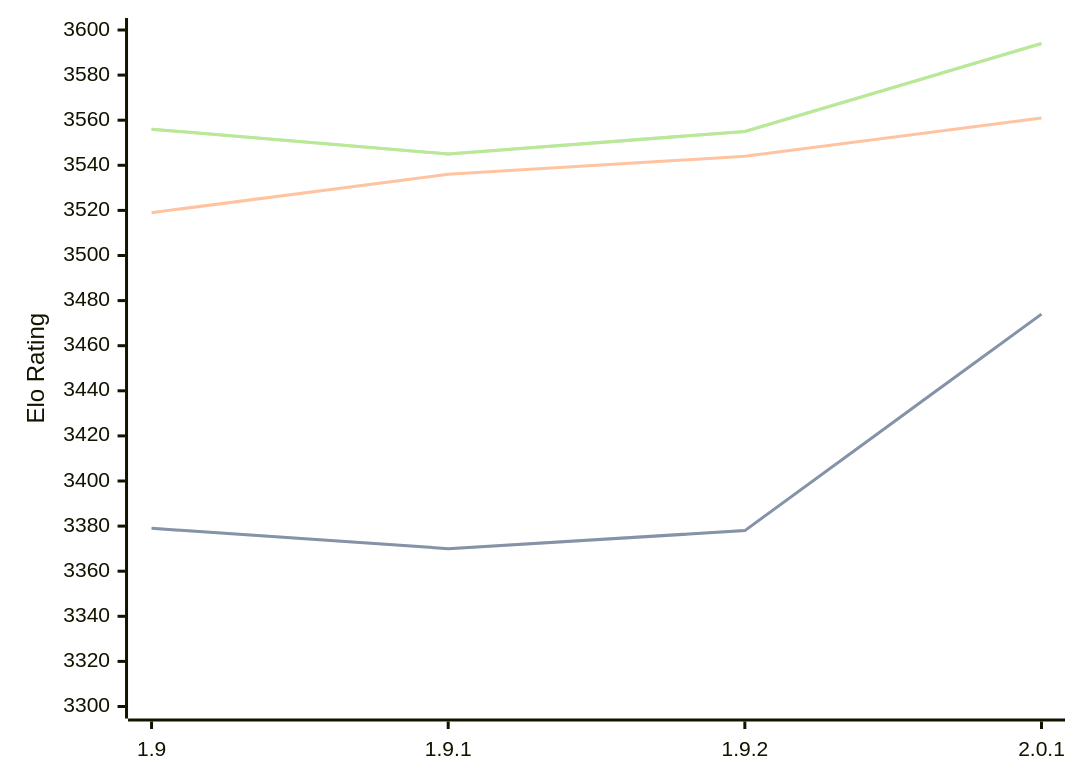
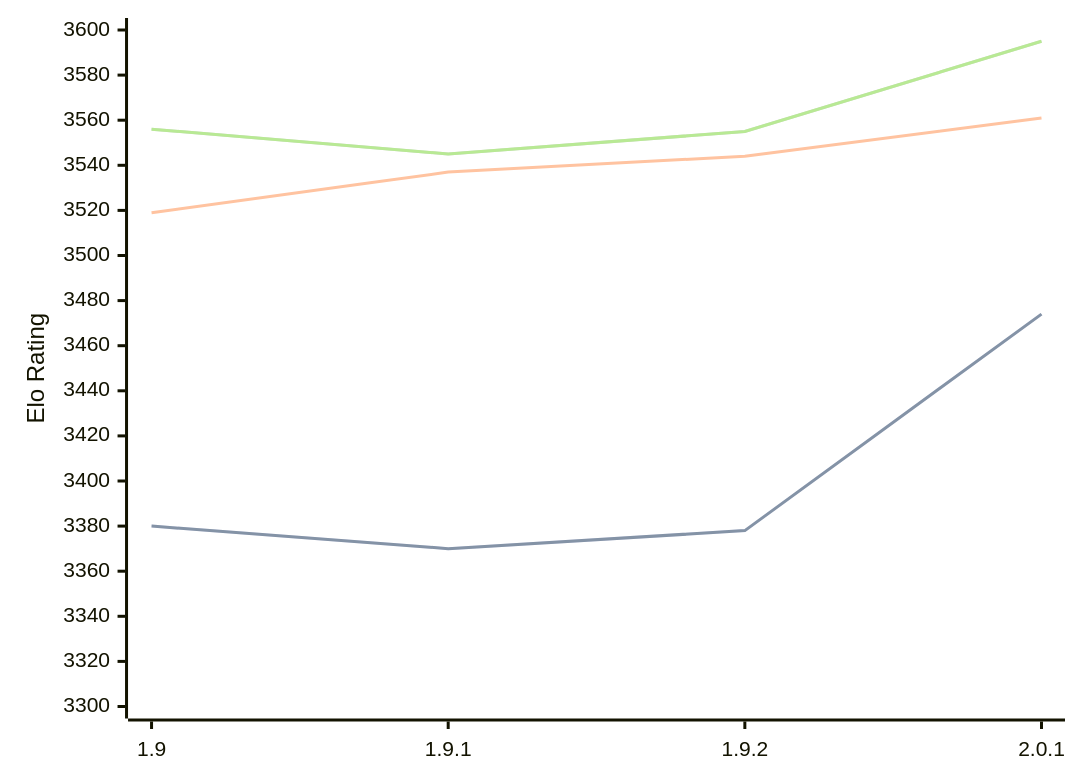
The diagram in engines/Pawnocchio.md (computer-chess-index/cci), drawn with Mermaid before and after one commit. The commit also changed other lines of this file, not shown here.

Commit message:
Update CCI Ratings (ELO VLTC) - 2026-09-10

````diff
--- a/engines/Pawnocchio.md
+++ b/engines/Pawnocchio.md
@@ -36,11 +36,11 @@
 ```mermaid
 %%{init: {"theme":"base","themeVariables":{"seriesColors:['#a3a3a3','#222221','#faa371']}}}%%
 xychart-beta
   x-axis ["1.9", "1.9.1", "1.9.2", "2.0.1"]
   y-axis "Elo Rating" 3300 --> 3600
-  line "" [3379, 3370, 3378, 3474]
-  line "STC (8.0+0.08s)" [3379, 3370, 3378, 3474]
-  line "LTC (60.0+0.60s)" [3519, 3536, 3544, 3561]
-  line "" [3556, 3545, 3555, 3594]
-  line "VLTC (2m24s+1.12s)" [3556, 3545, 3555, 3594]
+  line "" [3380, 3370, 3378, 3474]
+  line "STC (8.0+0.08s)" [3380, 3370, 3378, 3474]
+  line "LTC (60.0+0.60s)" [3519, 3537, 3544, 3561]
+  line "" [3556, 3545, 3555, 3595]
+  line "VLTC (2m24s+1.12s)" [3556, 3545, 3555, 3595]
 ```
````
